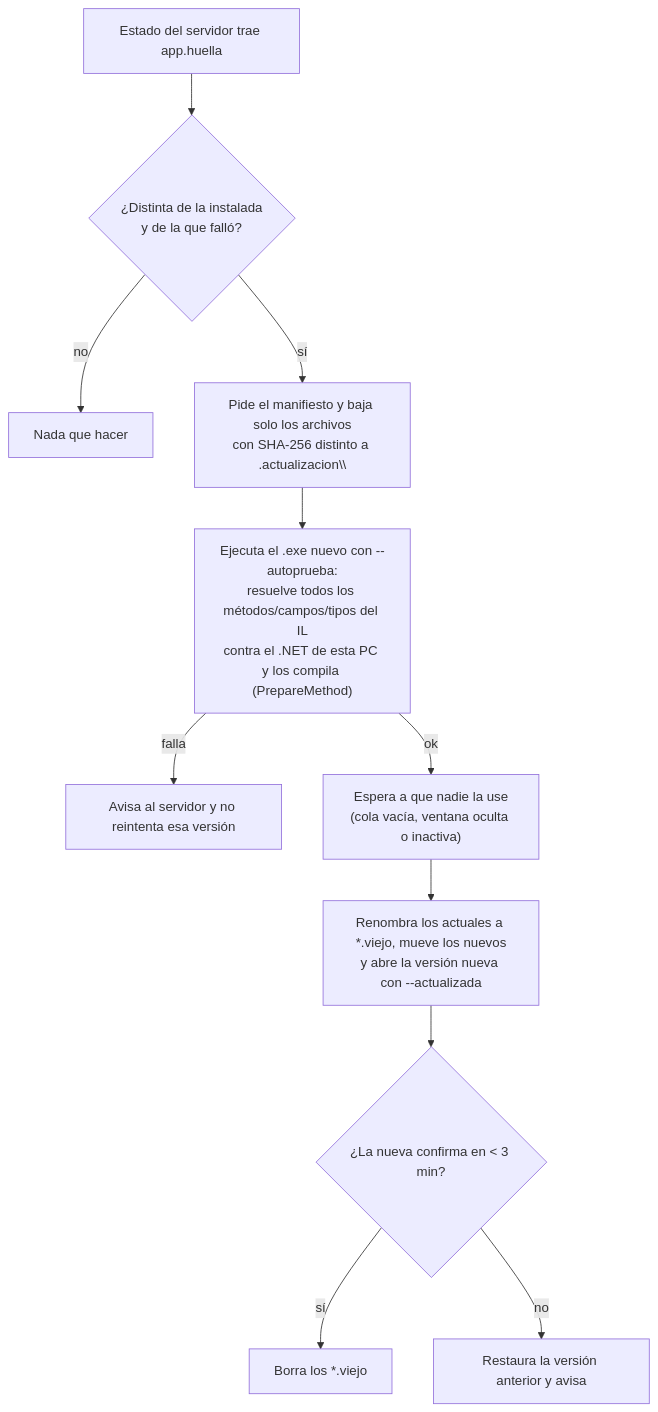
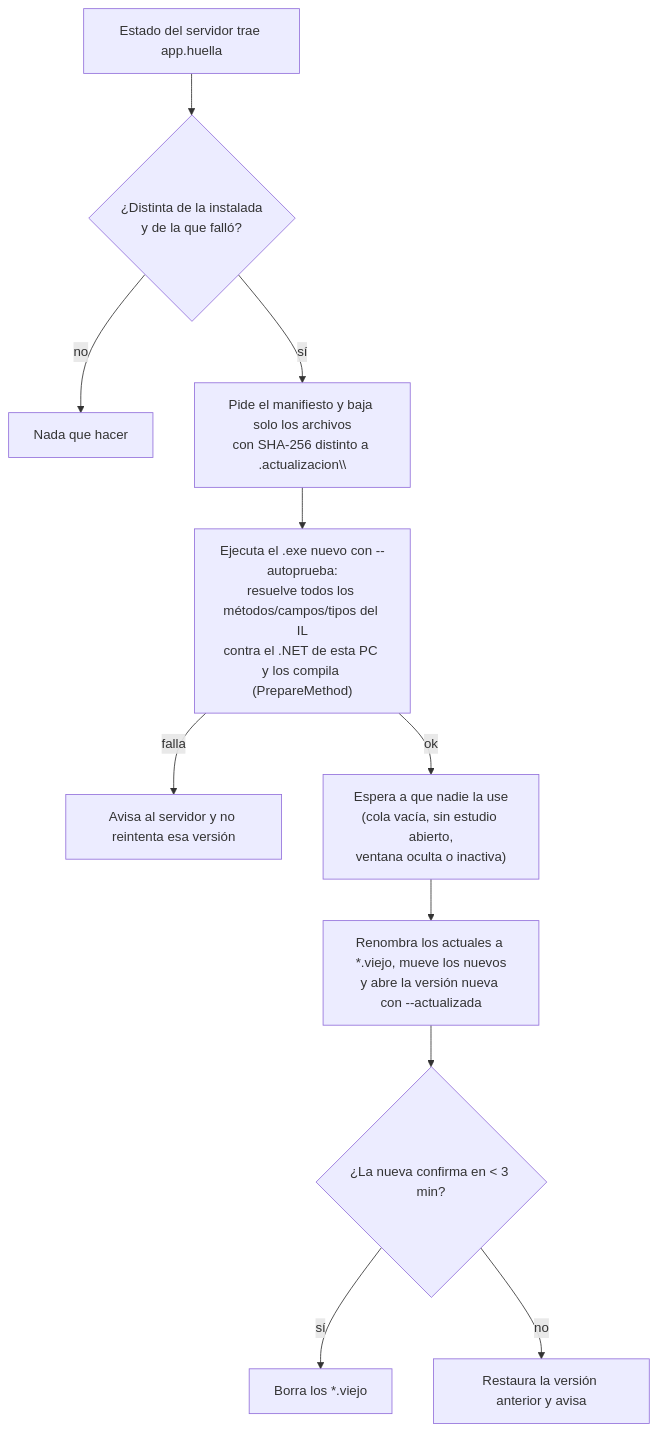
Before and after one commit to RodriEs11/Sistema-de-transcripcion-por-IA: the second of 2 diagrams in docs/acceso-remoto.md, drawn with Mermaid. The commit also changed 69 other files, not shown here.

````diff
--- a/docs/acceso-remoto.md
+++ b/docs/acceso-remoto.md
@@ -115,13 +115,13 @@
 ```mermaid
 flowchart TD
     A["Estado del servidor trae app.huella"] --> B{"¿Distinta de la instalada<br/>y de la que falló?"}
     B -- no --> Z["Nada que hacer"]
     B -- sí --> C["Pide el manifiesto y baja solo los archivos<br/>con SHA-256 distinto a .actualizacion\\"]
     C --> D["Ejecuta el .exe nuevo con --autoprueba:<br/>resuelve todos los métodos/campos/tipos del IL<br/>contra el .NET de esta PC y los compila (PrepareMethod)"]
     D -- falla --> F["Avisa al servidor y no reintenta esa versión"]
-    D -- ok --> E["Espera a que nadie la use<br/>(cola vacía, ventana oculta o inactiva)"]
+    D -- ok --> E["Espera a que nadie la use<br/>(cola vacía, sin estudio abierto,<br/>ventana oculta o inactiva)"]
     E --> G["Renombra los actuales a *.viejo, mueve los nuevos<br/>y abre la versión nueva con --actualizada"]
     G --> H{"¿La nueva confirma en < 3 min?"}
     H -- sí --> I["Borra los *.viejo"]
     H -- no --> J["Restaura la versión anterior y avisa"]
 ```
````
